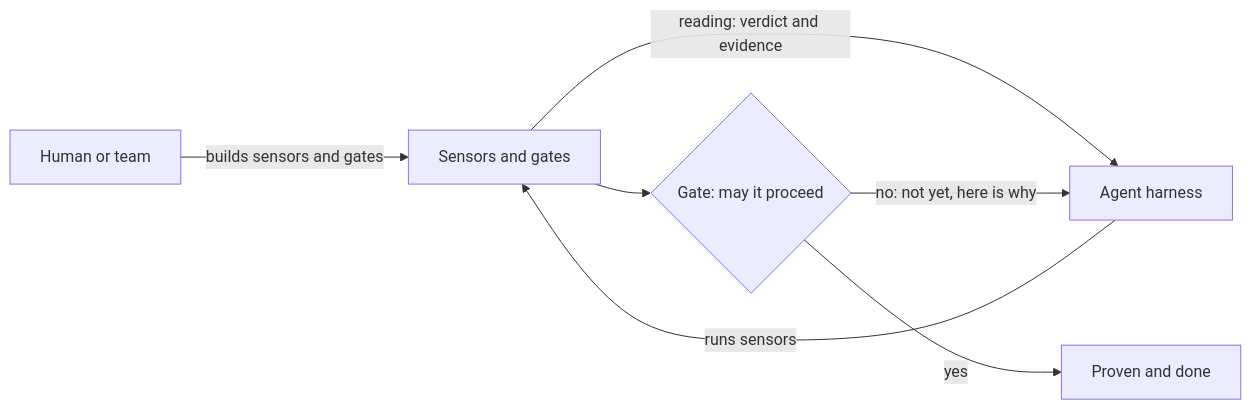
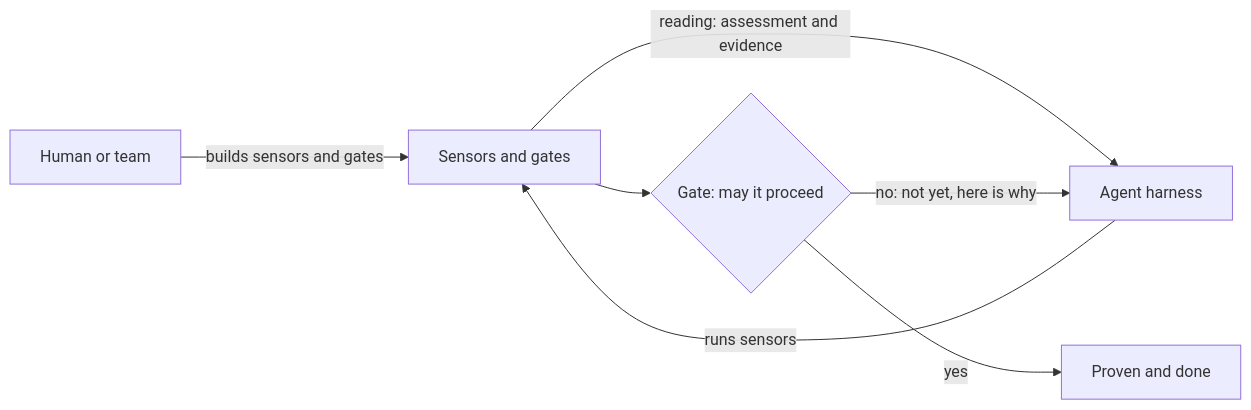
The second of 2 diagrams in _posts/2026-06-14-backpressure-in-coding-agent-harnesses.md (dasiths/dasiths.github.io), drawn with Mermaid before and after one commit. The commit also changed other lines of this file and 2 other files, not shown here.

````diff
--- a/_posts/2026-06-14-backpressure-in-coding-agent-harnesses.md
+++ b/_posts/2026-06-14-backpressure-in-coding-agent-harnesses.md
@@ -113,9 +113,9 @@
 ```mermaid
 flowchart LR
     Human[Human or team] -->|builds sensors and gates| Kit[Sensors and gates]
     Agent[Agent harness] -->|runs sensors| Kit
-    Kit -->|reading: verdict and evidence| Agent
+    Kit -->|reading: assessment and evidence| Agent
     Kit --> Gate{Gate: may it proceed}
     Gate -->|no: not yet, here is why| Agent
     Gate -->|yes| Done[Proven and done]
 ```
````
